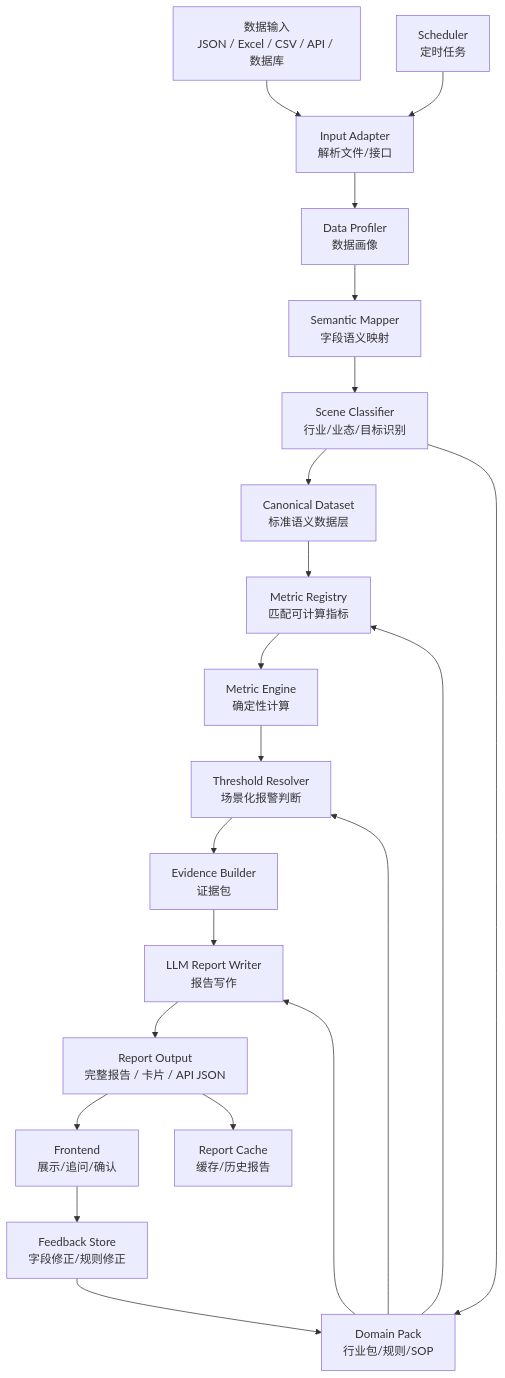
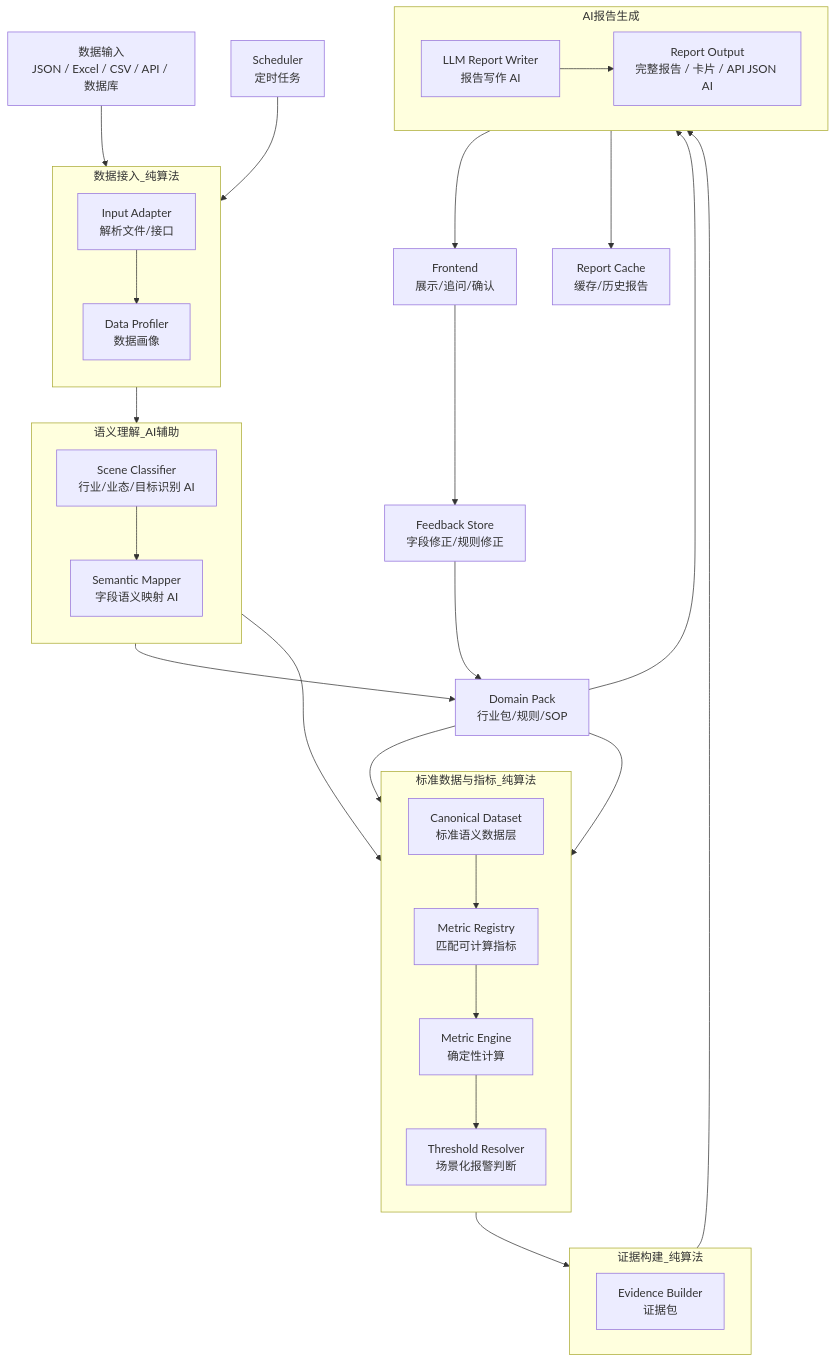
Before and after one commit to FuLuTang/AI-Store-Analysis-System: the first of 2 diagrams in docs/架构设计.md, drawn with Mermaid. The commit also changed other lines of this file and 26 other files, not shown here.

````diff
--- a/docs/架构设计.md
+++ b/docs/架构设计.md
@@ -5,27 +5,46 @@
 ```mermaid
 flowchart TD
     A[数据输入<br/>JSON / Excel / CSV / API / 数据库] --> B[Input Adapter<br/>解析文件/接口]
-    B --> C[Data Profiler<br/>数据画像]
-    C --> D[Semantic Mapper<br/>字段语义映射]
-    D --> E[Scene Classifier<br/>行业/业态/目标识别]
-    E --> F[Canonical Dataset<br/>标准语义数据层]
 
-    F --> G[Metric Registry<br/>匹配可计算指标]
-    G --> H[Metric Engine<br/>确定性计算]
-    H --> I[Threshold Resolver<br/>场景化报警判断]
-    I --> J[Evidence Builder<br/>证据包]
+    subgraph 数据接入_纯算法
+        direction TB
+        B --> C[Data Profiler<br/>数据画像]
+    end
 
-    E --> K[Domain Pack<br/>行业包/规则/SOP]
+    subgraph 语义理解_AI辅助
+        direction TB
+        C --> D[Scene Classifier<br/>行业/业态/目标识别 AI]
+        D --> E[Semantic Mapper<br/>字段语义映射 AI]
+    end
+
+    subgraph 标准数据与指标_纯算法
+        direction TB
+        E --> F[Canonical Dataset<br/>标准语义数据层]
+        F --> G[Metric Registry<br/>匹配可计算指标]
+        G --> H[Metric Engine<br/>确定性计算]
+        H --> I[Threshold Resolver<br/>场景化报警判断]
+    end
+
+    subgraph 证据构建_纯算法
+        direction LR
+        I --> J[Evidence Builder<br/>证据包]
+    end
+
+    subgraph AI报告生成
+        direction LR
+        J --> L[LLM Report Writer<br/>报告写作 AI]
+        L --> M[Report Output<br/>完整报告 / 卡片 / API JSON AI]
+    end
+
+    D --> K[Domain Pack<br/>行业包/规则/SOP]
     K --> G
     K --> I
-    K --> L[LLM Report Writer<br/>报告写作]
-    J --> L
+    K --> L
 
-    L --> M[Report Output<br/>完整报告 / 卡片 / API JSON]
     M --> N[Frontend<br/>展示/追问/确认]
     N --> O[Feedback Store<br/>字段修正/规则修正]
     O --> K
 
     P[Scheduler<br/>定时任务] --> B
     M --> Q[Report Cache<br/>缓存/历史报告]
 ```
````
